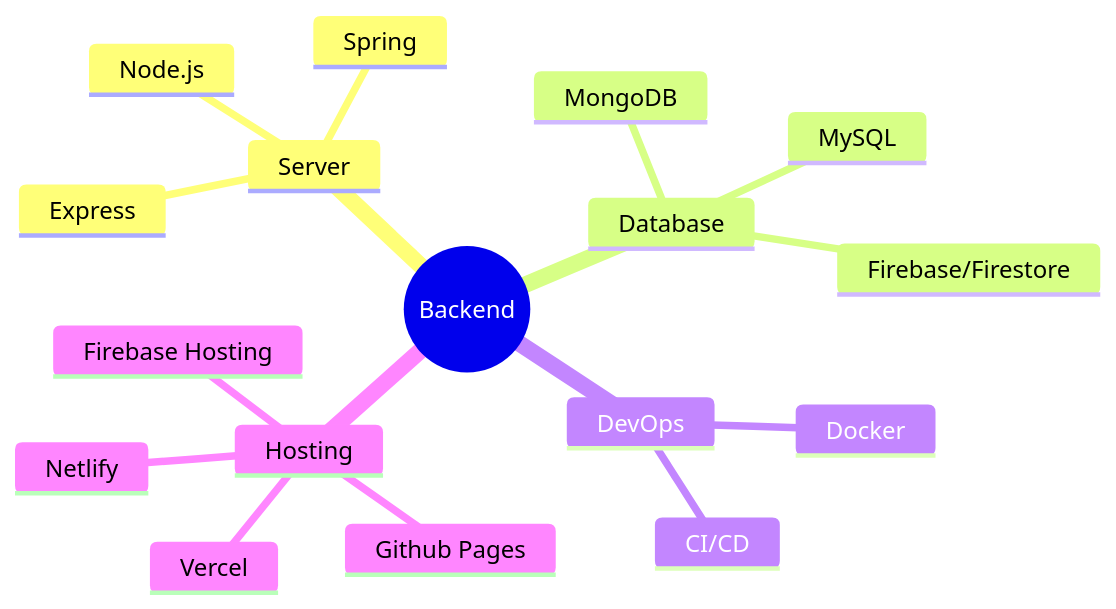
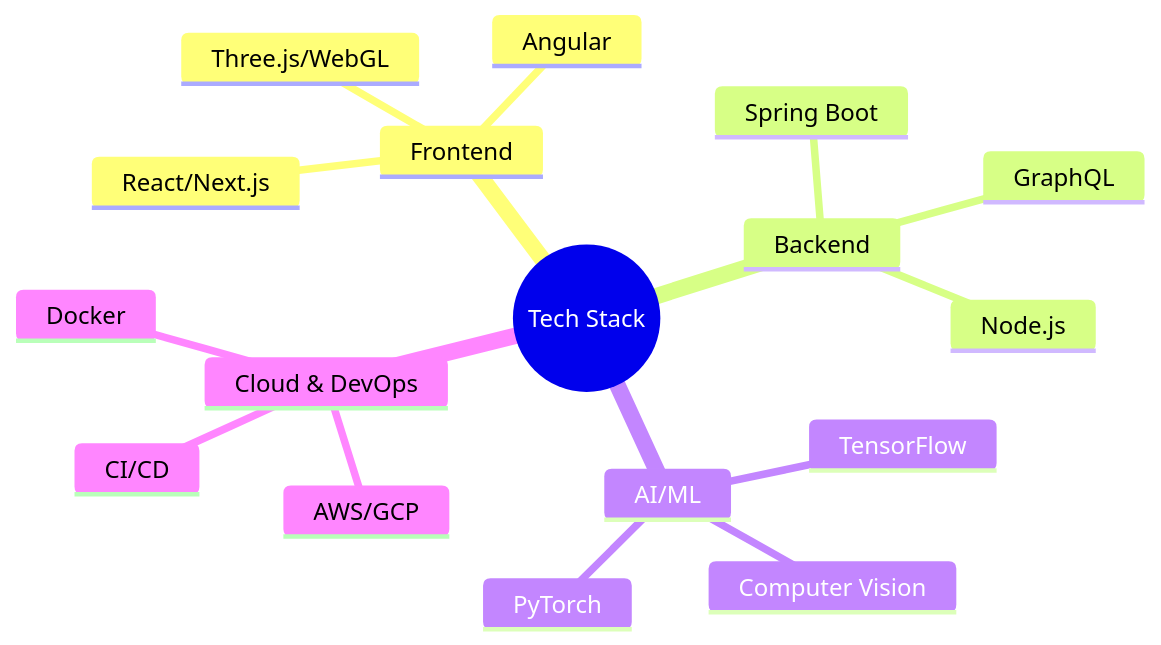
One commit to KhamessiTaha/KhamessiTaha changed the diagram in README.md. Above: the diagram before and after it, drawn with Mermaid. The commit also changed other lines of this file, not shown here.

````diff
--- a/README.md
+++ b/README.md
@@ -137,20 +97,20 @@
 ```mermaid
 mindmap
-  root((Backend))
-    Server
+  root((Tech Stack))
+    Frontend
+      React/Next.js
+      Angular
+      Three.js/WebGL
+    Backend
       Node.js
-      Spring
-      Express
-    Database
-      MongoDB
-      MySQL
-      Firebase/Firestore
-    DevOps
+      Spring Boot
+      GraphQL
+    AI/ML
+      TensorFlow
+      PyTorch
+      Computer Vision
+    Cloud & DevOps
       Docker
+      AWS/GCP
       CI/CD
-    Hosting
-      Netlify
-      Github Pages
-      Vercel
-      Firebase Hosting
 ```
````
